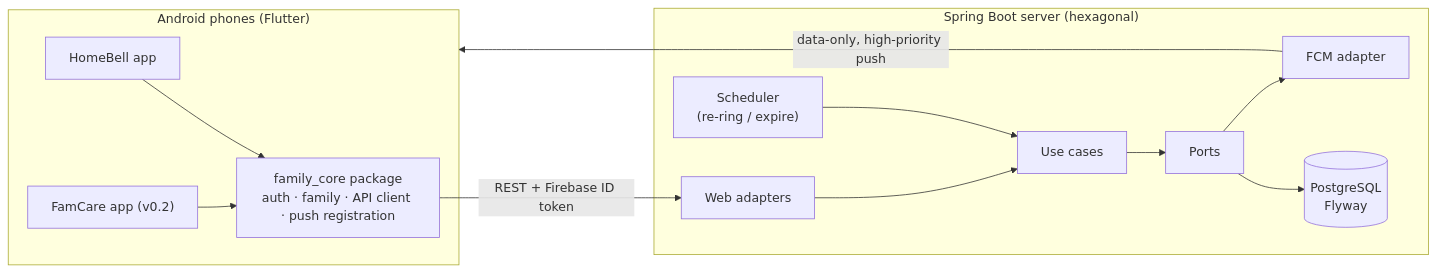
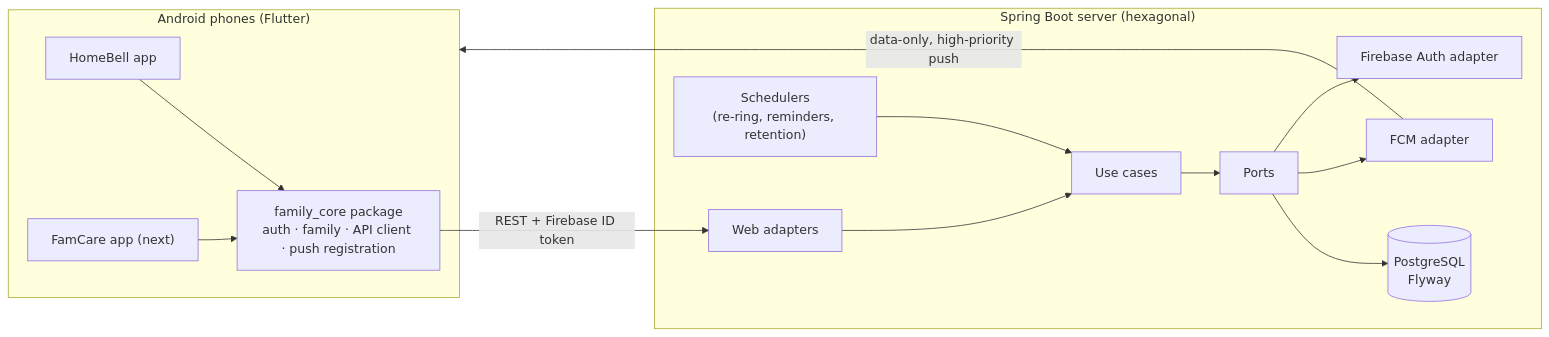
Before and after one commit to dev-codewitheli/famcare: the diagram in README.md, drawn with Mermaid. The commit also changed other lines of this file and 15 other files, not shown here.

````diff
--- a/README.md
+++ b/README.md
@@ -44,22 +59,23 @@
 ```mermaid
 flowchart LR
     subgraph phones["Android phones (Flutter)"]
         HB["HomeBell app"]
-        FC["FamCare app (v0.2)"]
+        FC["FamCare app (next)"]
         CORE["family_core package<br/>auth · family · API client · push registration"]
         HB --> CORE
         FC --> CORE
     end
 
     CORE -- "REST + Firebase ID token" --> API
 
     subgraph server["Spring Boot server (hexagonal)"]
         API["Web adapters"] --> UC["Use cases"]
-        SCHED["Scheduler<br/>(re-ring / expire)"] --> UC
+        SCHED["Schedulers<br/>(re-ring, reminders, retention)"] --> UC
         UC --> PORTS["Ports"]
         PORTS --> DB[("PostgreSQL<br/>Flyway")]
         PORTS --> PUSH["FCM adapter"]
+        PORTS --> IDP["Firebase Auth adapter"]
     end
 
     PUSH -- "data-only, high-priority push" --> phones
 ```
````
